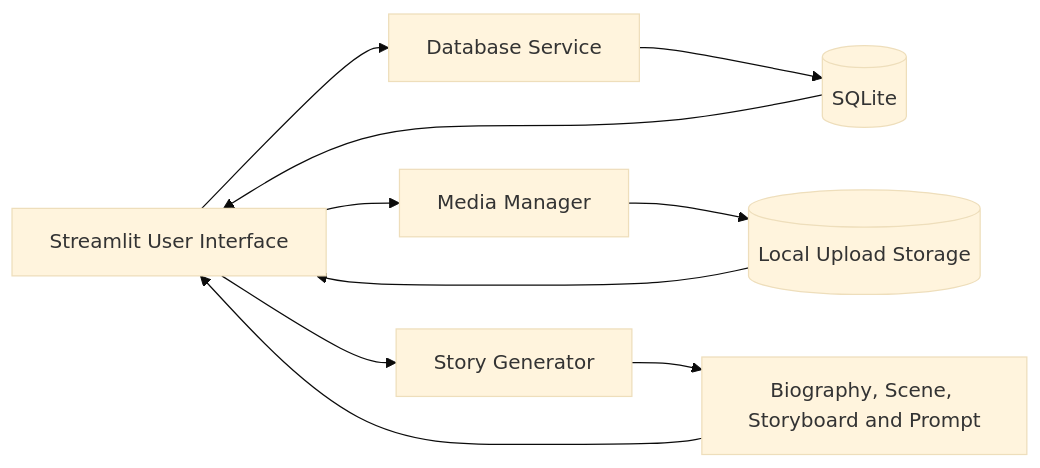
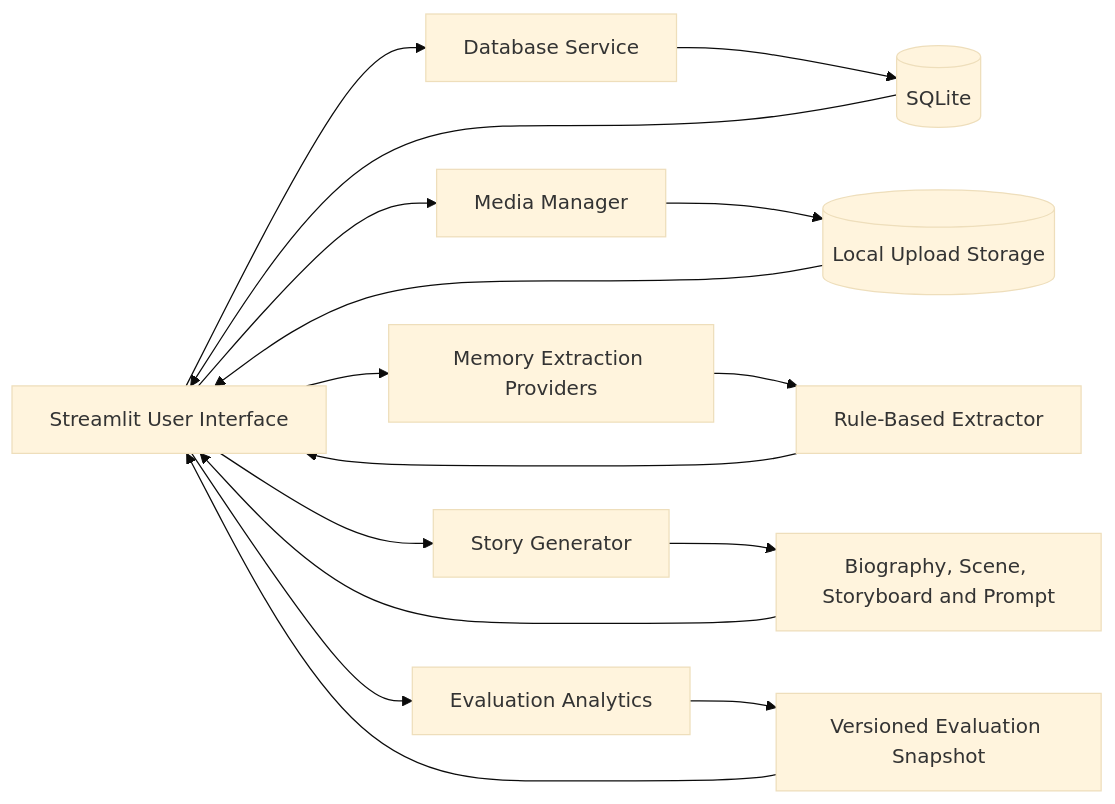
The third of 3 diagrams in README.md (franz1022/yanxin-ai-oral-autobiography-platform), drawn with Mermaid (base theme) before and after one commit. The commit also changed other lines of this file, not shown here.

Commit message:
docs: upgrade README for bilingual evaluation workflow

````diff
--- a/README.md
+++ b/README.md
@@ -74,14 +290,20 @@
 ```mermaid
 flowchart LR
     U[Streamlit User Interface] --> DB[Database Service]
     U --> MM[Media Manager]
+    U --> MP[Memory Extraction Providers]
     U --> SG[Story Generator]
+    U --> EA[Evaluation Analytics]
 
     DB --> SQL[(SQLite)]
     MM --> FS[(Local Upload Storage)]
+    MP --> RE[Rule-Based Extractor]
     SG --> OUT[Biography, Scene, Storyboard and Prompt]
+    EA --> SNAP[Versioned Evaluation Snapshot]
 
     SQL --> U
     FS --> U
+    RE --> U
     OUT --> U
+    SNAP --> U
 ```
````
